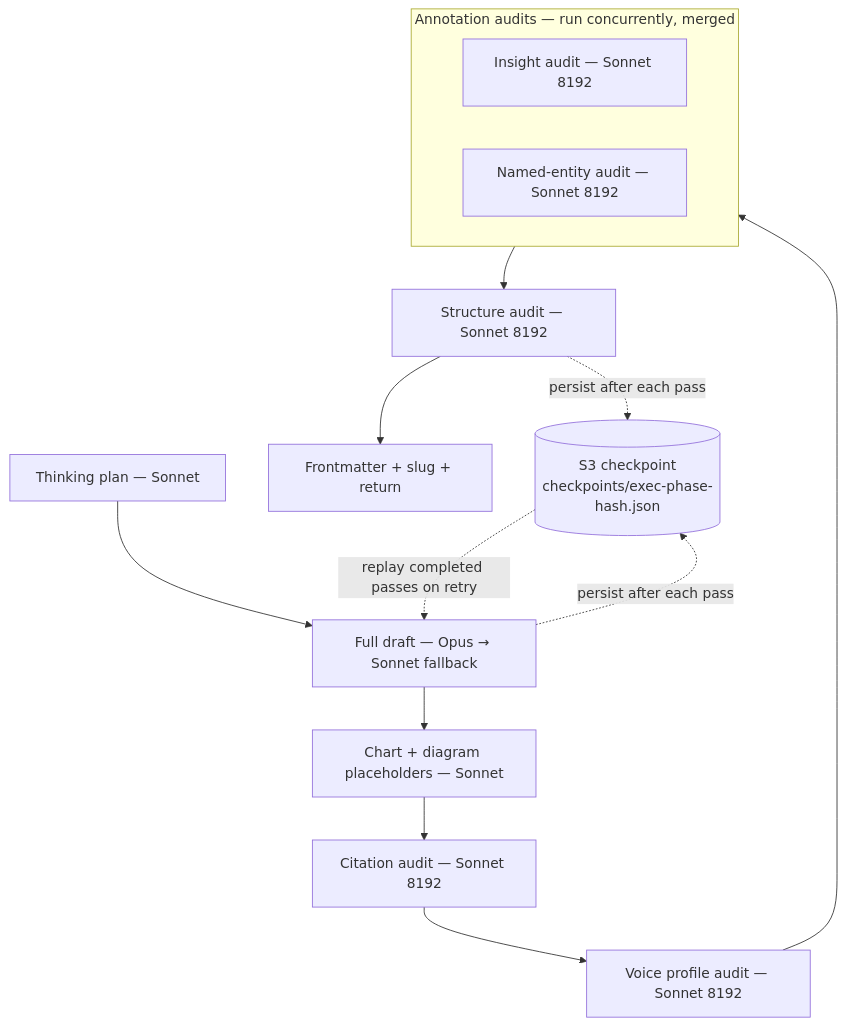
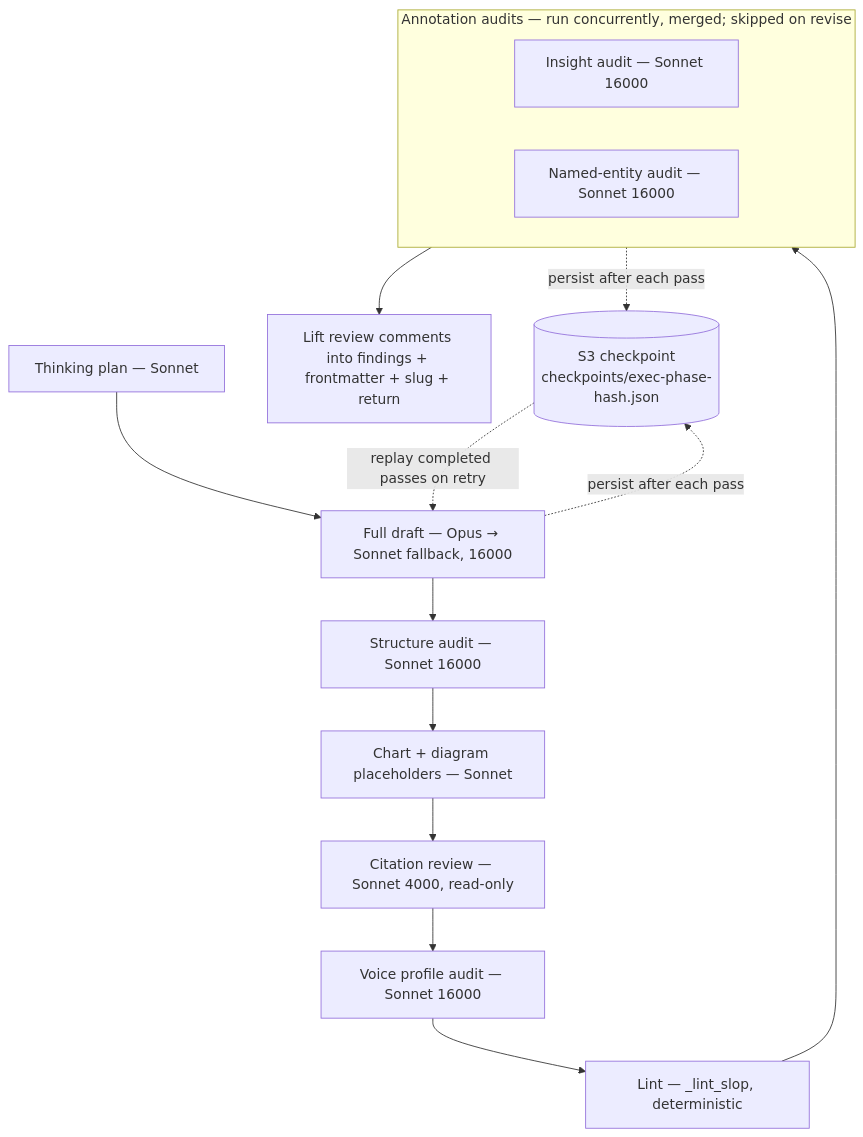
Before and after one commit to kzaky/khaledzaky.com: the second of 2 diagrams in agent/README.md, drawn with Mermaid. The commit also changed other lines of this file, not shown here.

First line of the commit message:
docs(agent): pass order, budgets, suggest-only verify, 11 Lambdas, 15 alarms

````diff
--- a/agent/README.md
+++ b/agent/README.md
@@ -76,20 +85,21 @@
 ```mermaid
 flowchart TD
-    P1[Thinking plan — Sonnet] --> P2[Full draft — Opus → Sonnet fallback]
-    P2 --> P3[Chart + diagram placeholders — Sonnet]
-    P3 --> P4[Citation audit — Sonnet 8192]
-    P4 --> P5[Voice profile audit — Sonnet 8192]
-    P5 --> PAR
-    subgraph PAR [Annotation audits — run concurrently, merged]
+    P1[Thinking plan — Sonnet] --> P2[Full draft — Opus → Sonnet fallback, 16000]
+    P2 --> P3[Structure audit — Sonnet 16000]
+    P3 --> P4[Chart + diagram placeholders — Sonnet]
+    P4 --> P5[Citation review — Sonnet 4000, read-only]
+    P5 --> P6[Voice profile audit — Sonnet 16000]
+    P6 --> P7[Lint — _lint_slop, deterministic]
+    P7 --> PAR
+    subgraph PAR [Annotation audits — run concurrently, merged; skipped on revise]
         direction LR
-        A1[Insight audit — Sonnet 8192]
-        A2[Named-entity audit — Sonnet 8192]
+        A1[Insight audit — Sonnet 16000]
+        A2[Named-entity audit — Sonnet 16000]
     end
-    PAR --> P7[Structure audit — Sonnet 8192]
-    P7 --> OUT[Frontmatter + slug + return]
+    PAR --> OUT[Lift review comments into findings + frontmatter + slug + return]
 
     CK[(S3 checkpoint<br/>checkpoints/exec-phase-hash.json)]
     P2 -. persist after each pass .-> CK
-    P7 -. persist after each pass .-> CK
+    PAR -. persist after each pass .-> CK
     CK -. replay completed passes on retry .-> P2
 ```
````
